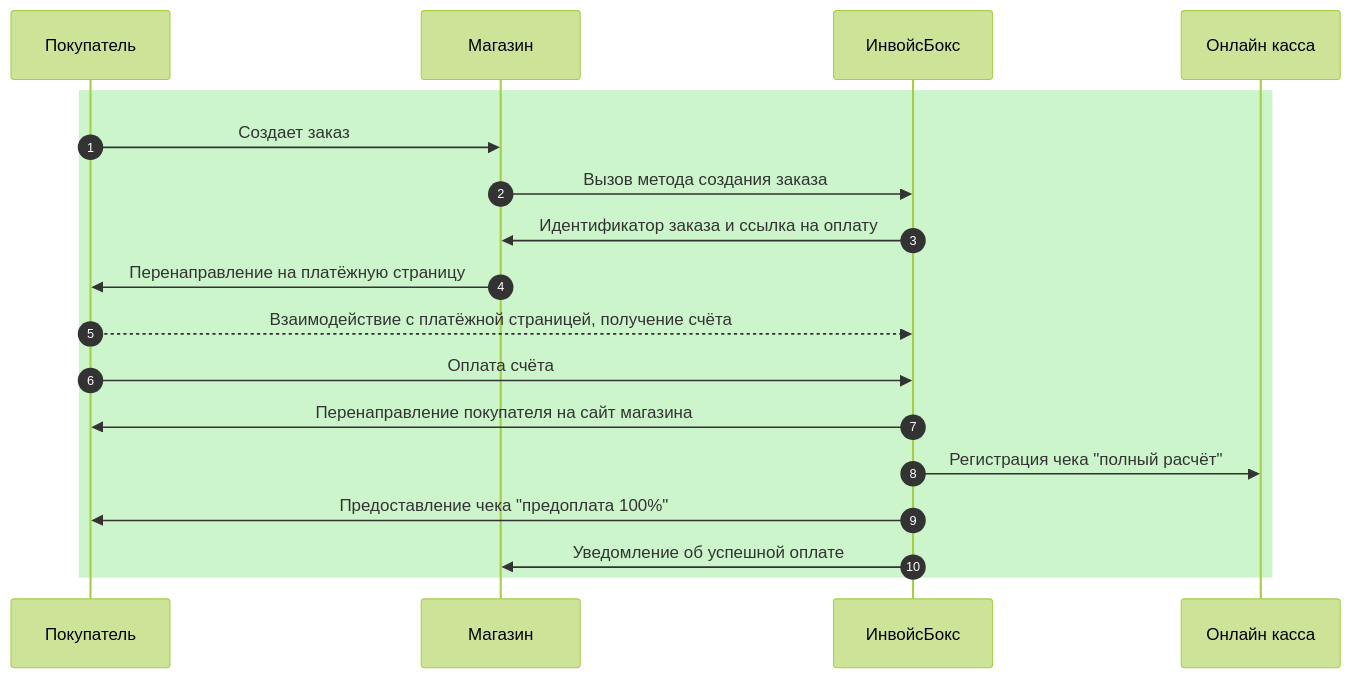
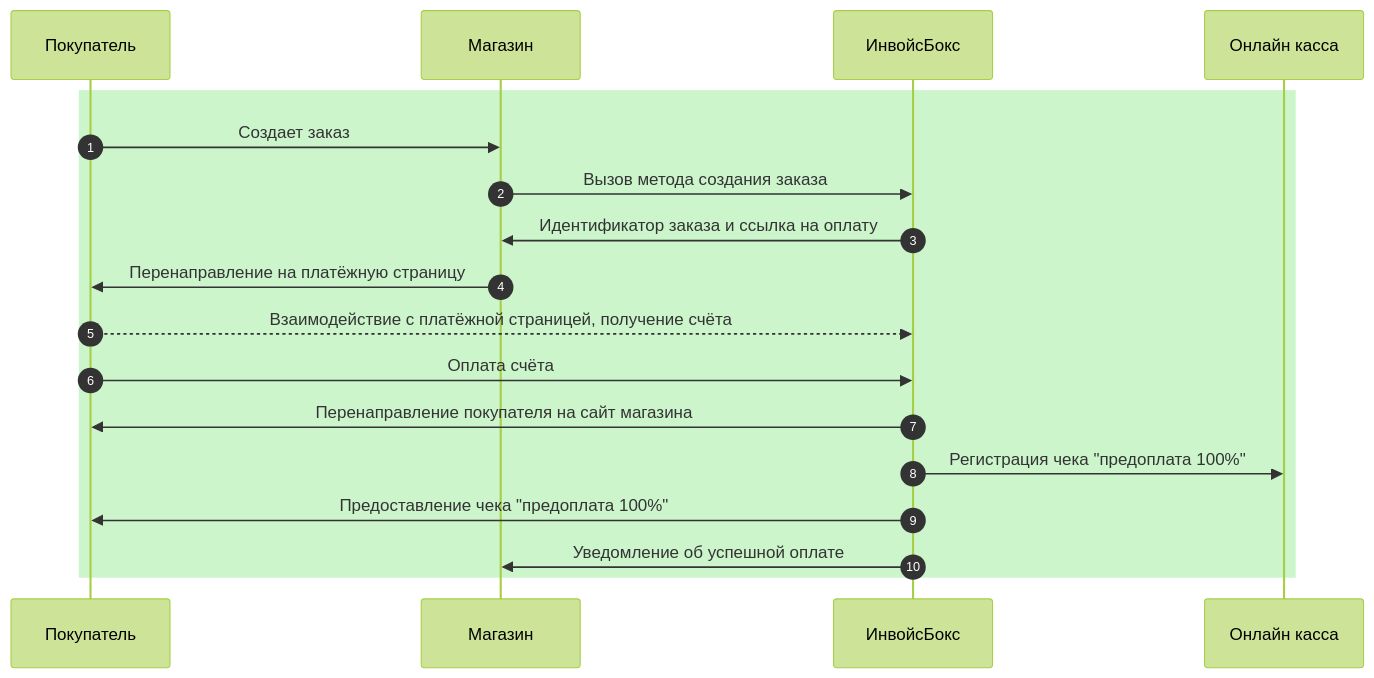
One commit to YIGRIKY/invoicebox-docs changed the first of 3 diagrams in docs/schema.md. Above: the diagram before and after it, drawn with Mermaid (forest theme). The commit also changed other lines of this file, not shown here.

```diff
--- a/docs/schema.md
+++ b/docs/schema.md
@@ -11,20 +11,20 @@
 <div class="mermaid">
 sequenceDiagram
     autonumber
     participant Покупатель
     participant Магазин
     participant ИнвойсБокс 
     participant Онлайн касса
     rect rgb(204, 245, 204)
       Покупатель->>Магазин: Создает заказ
       Магазин->>ИнвойсБокс: Вызов метода создания заказа
       ИнвойсБокс->>Магазин: Идентификатор заказа и ссылка на оплату
       Магазин->>Покупатель: Перенаправление на платёжную страницу
       Покупатель-->>ИнвойсБокс: Взаимодействие с платёжной страницей, получение счёта
       Покупатель->>ИнвойсБокс: Оплата счёта
       ИнвойсБокс->>Покупатель: Перенаправление покупателя на сайт магазина
-      ИнвойсБокс->>Онлайн касса: Регистрация чека "полный расчёт"
+      ИнвойсБокс->>Онлайн касса: Регистрация чека "предоплата 100%"
       ИнвойсБокс->>Покупатель: Предоставление чека "предоплата 100%"
       ИнвойсБокс->>Магазин: Уведомление об успешной оплате
     end
 </div>
```
